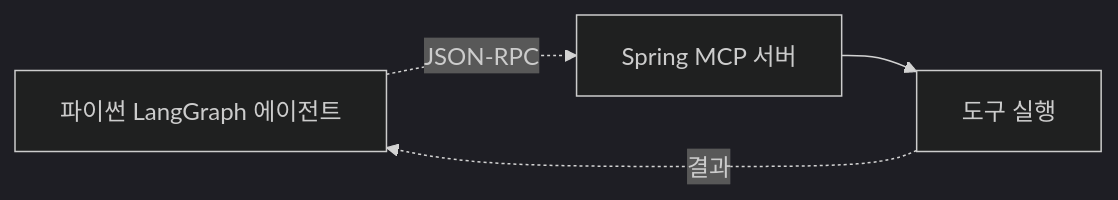
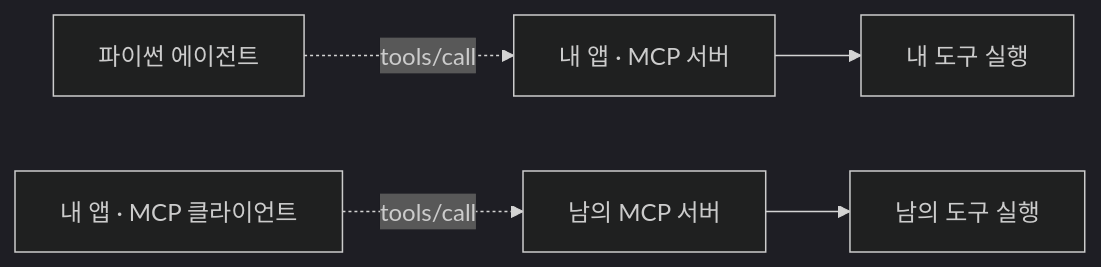
Before and after one commit to devjune/ai-study: diagram 16 of 22 in docs/phase2/Spring AI로 구현하는 에이전틱 패턴.md, drawn with Mermaid (dark theme). The commit also changed other lines of this file and 1 other file, not shown here.

````diff
--- a/docs/phase2/Spring AI로 구현하는 에이전틱 패턴.md
+++ b/docs/phase2/Spring AI로 구현하는 에이전틱 패턴.md
@@ -620,6 +639,7 @@
 ```mermaid
 flowchart LR
-    P[파이썬 LangGraph 에이전트] -.JSON-RPC.-> S[Spring MCP 서버]
-    S --> T[도구 실행]
-    T -.결과.-> P
+    P[파이썬 에이전트] -.tools/call.-> S[내 앱 · MCP 서버]
+    S --> T[내 도구 실행]
+    S2[내 앱 · MCP 클라이언트] -.tools/call.-> O[남의 MCP 서버]
+    O --> T2[남의 도구 실행]
 ```
````
